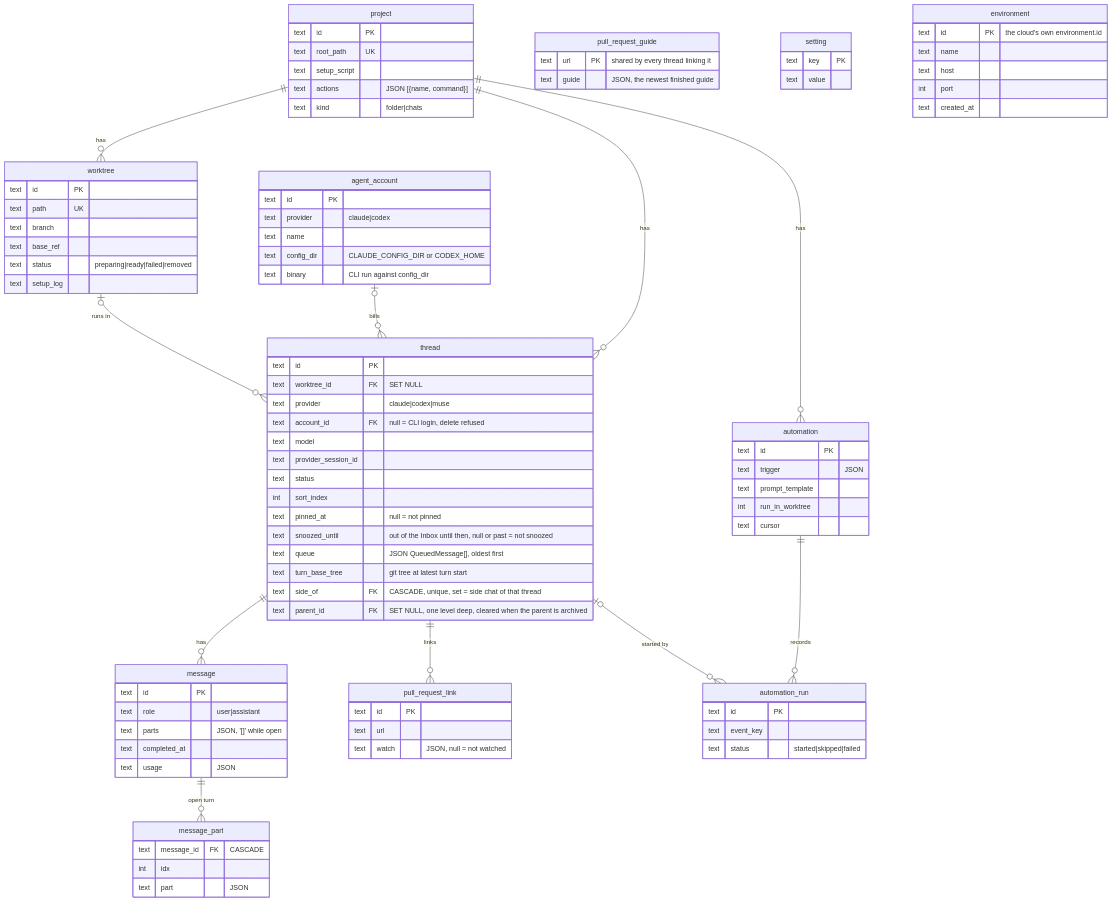
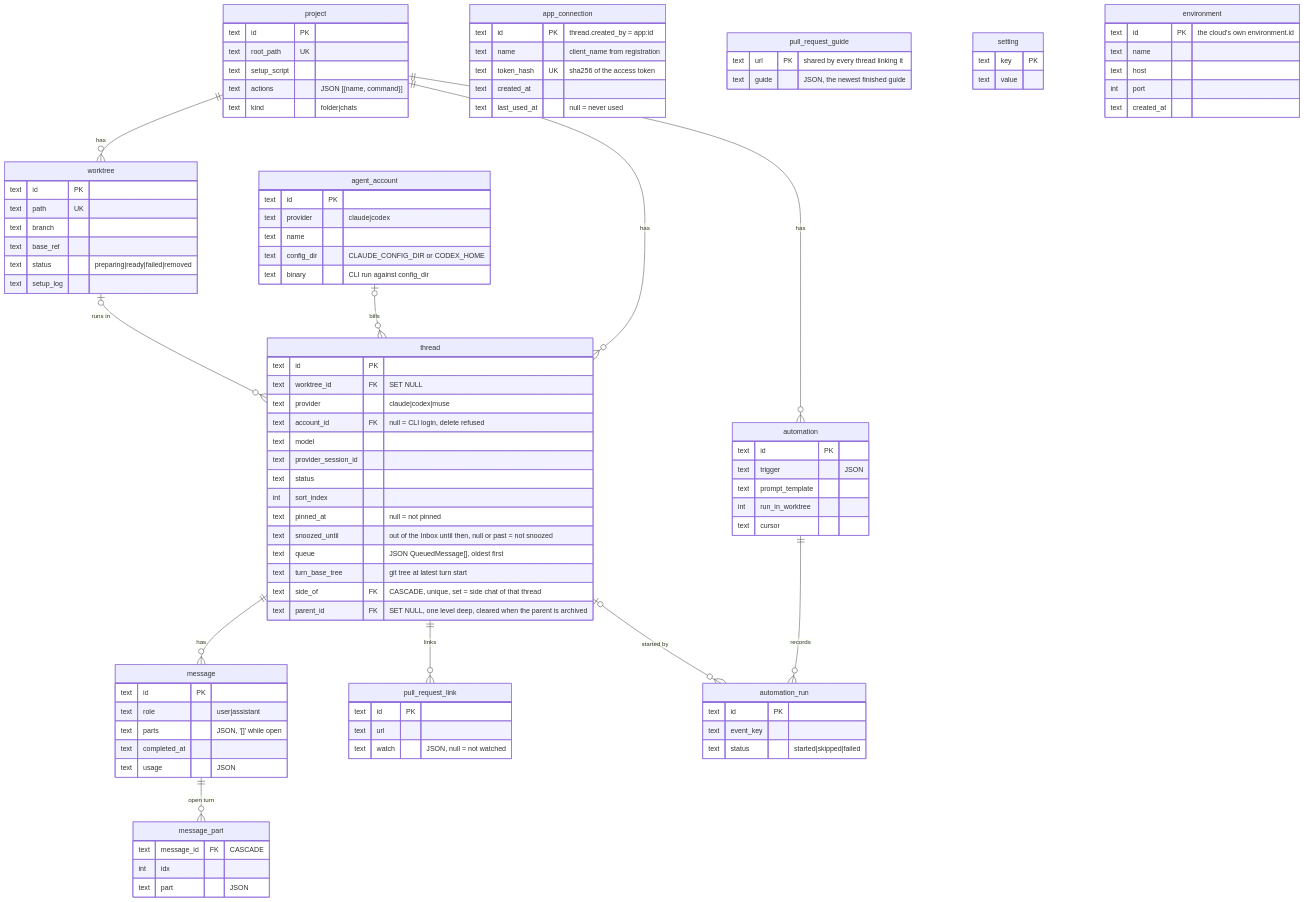
One commit to hinadev-ai/hinacode changed diagram 12 of 20 in docs/arch.md. Above: the diagram before and after it, drawn with Mermaid. The commit also changed other lines of this file and 3 other files, not shown here.

```diff
--- a/docs/arch.md
+++ b/docs/arch.md
@@ -418,6 +430,13 @@
   thread |o--o{ automation_run : "started by"
   agent_account |o--o{ thread : "bills"
 
+  app_connection {
+    text id PK "thread.created_by = app:id"
+    text name "client_name from registration"
+    text token_hash UK "sha256 of the access token"
+    text created_at
+    text last_used_at "null = never used"
+  }
   project {
     text id PK
     text root_path UK
```
